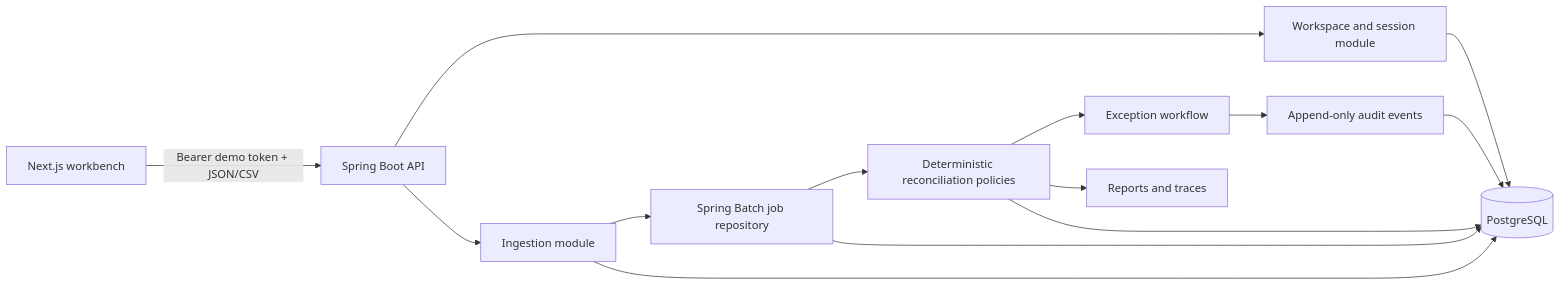
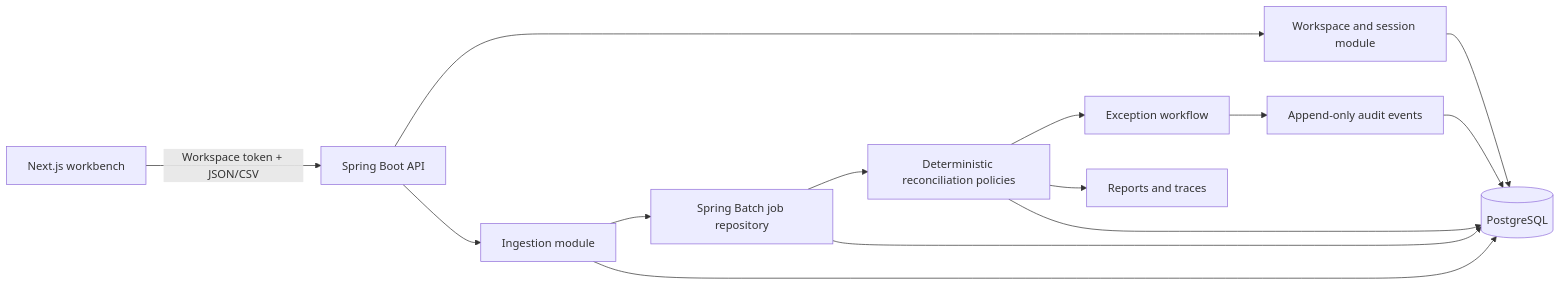
One commit to heybadrinath/reconriver changed the diagram in docs/architecture/OVERVIEW.md. Above: the diagram before and after it, drawn with Mermaid. The commit also changed other lines of this file and 55 other files, not shown here.

````diff
--- a/docs/architecture/OVERVIEW.md
+++ b/docs/architecture/OVERVIEW.md
@@ -5,16 +5,16 @@
 ```mermaid
 flowchart LR
-    Browser["Next.js workbench"] -->|"Bearer demo token + JSON/CSV"| API["Spring Boot API"]
+    Browser["Next.js workbench"] -->|"Workspace token + JSON/CSV"| API["Spring Boot API"]
     API --> Workspace["Workspace and session module"]
     API --> Ingestion["Ingestion module"]
     Ingestion --> Batch["Spring Batch job repository"]
     Batch --> Reconciliation["Deterministic reconciliation policies"]
     Reconciliation --> Investigation["Exception workflow"]
     Reconciliation --> Reporting["Reports and traces"]
     Workspace --> Postgres[("PostgreSQL")]
     Ingestion --> Postgres
     Batch --> Postgres
     Reconciliation --> Postgres
     Investigation --> Audit["Append-only audit events"]
     Audit --> Postgres
 ```
````
